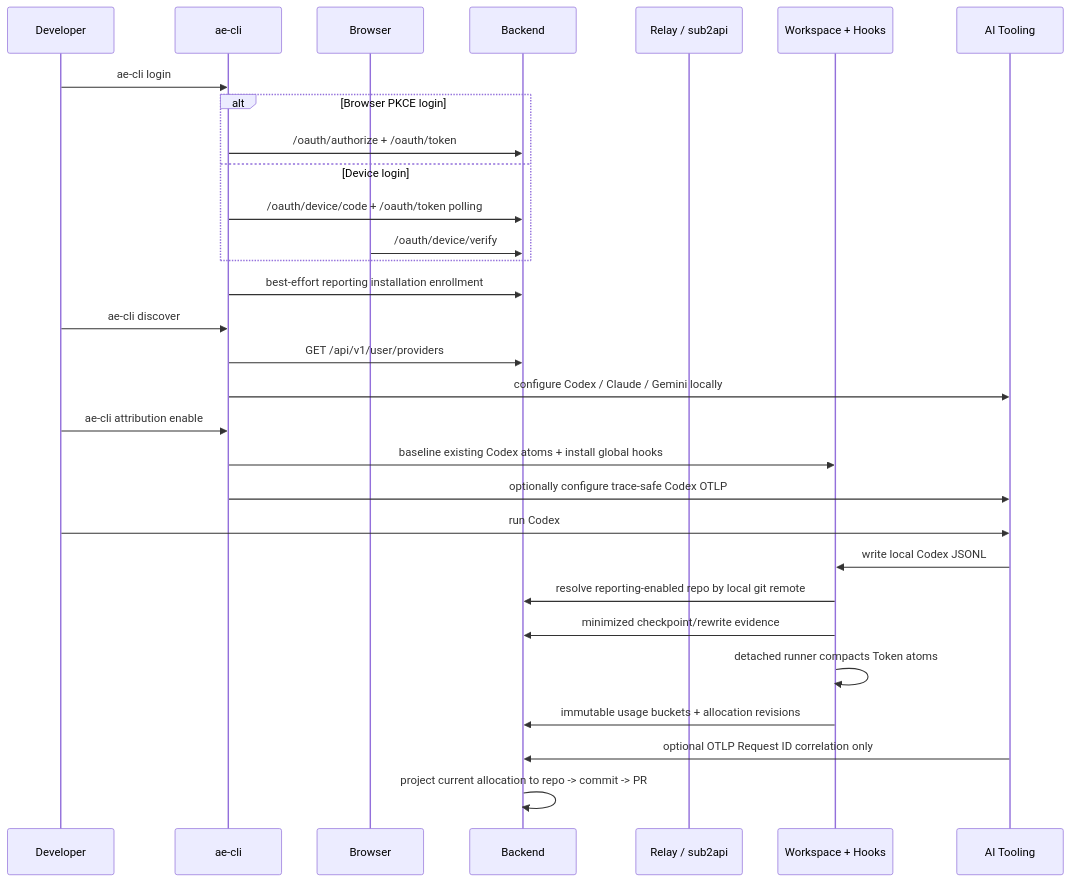
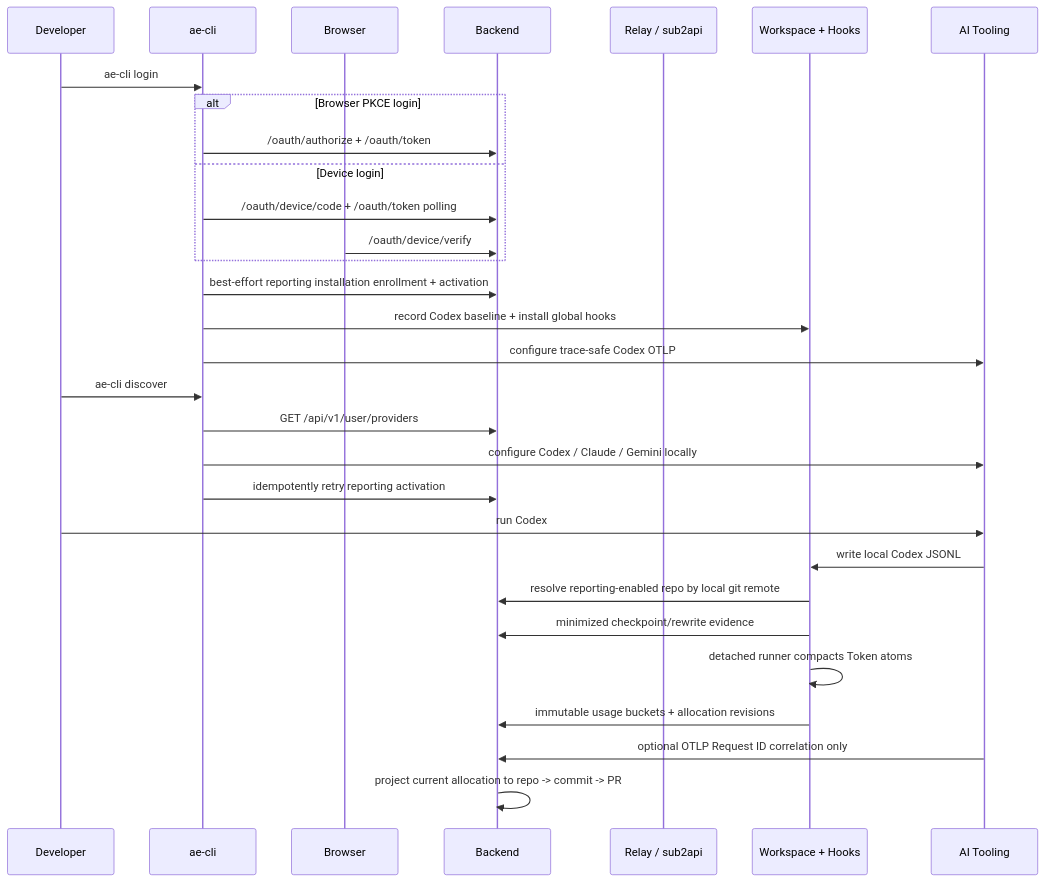
The third of 4 diagrams in docs/architecture.md (LichKing-2234/ai-efficiency), drawn with Mermaid before and after one commit. The commit also changed other lines of this file and 27 other files, not shown here.

````diff
--- a/docs/architecture.md
+++ b/docs/architecture.md
@@ -630,33 +630,33 @@
 ```mermaid
 sequenceDiagram
     participant Dev as Developer
     participant CLI as ae-cli
     participant Browser as Browser
     participant BE as Backend
     participant Relay as Relay / sub2api
     participant WS as Workspace + Hooks
     participant Tool as AI Tooling
 
     Dev->>CLI: ae-cli login
     alt Browser PKCE login
         CLI->>BE: /oauth/authorize + /oauth/token
     else Device login
         CLI->>BE: /oauth/device/code + /oauth/token polling
         Browser->>BE: /oauth/device/verify
     end
-    CLI->>BE: best-effort reporting installation enrollment
+    CLI->>BE: best-effort reporting installation enrollment + activation
+    CLI->>WS: record Codex baseline + install global hooks
+    CLI->>Tool: configure trace-safe Codex OTLP
     Dev->>CLI: ae-cli discover
     CLI->>BE: GET /api/v1/user/providers
     CLI->>Tool: configure Codex / Claude / Gemini locally
-    Dev->>CLI: ae-cli attribution enable
-    CLI->>WS: baseline existing Codex atoms + install global hooks
-    CLI->>Tool: optionally configure trace-safe Codex OTLP
+    CLI->>BE: idempotently retry reporting activation
     Dev->>Tool: run Codex
     Tool->>WS: write local Codex JSONL
     WS->>BE: resolve reporting-enabled repo by local git remote
     WS->>BE: minimized checkpoint/rewrite evidence
     WS->>WS: detached runner compacts Token atoms
     WS->>BE: immutable usage buckets + allocation revisions
     Tool->>BE: optional OTLP Request ID correlation only
     BE->>BE: project current allocation to repo -> commit -> PR
 ```
````
